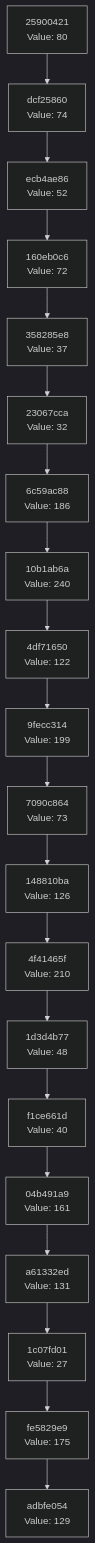
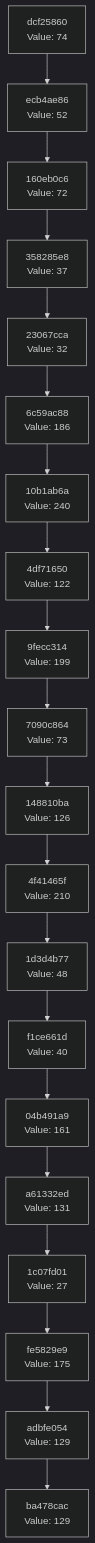
The diagram in docs/CHAIN_VISUALIZATION.md (Abhisheksinha1506/hash-chain-evolver), drawn with Mermaid (dark theme) before and after one commit. The commit also changed 1 other file, not shown here.

Commit message:
Evolution step: hash 0x81 → action executed

````diff
--- a/docs/CHAIN_VISUALIZATION.md
+++ b/docs/CHAIN_VISUALIZATION.md
@@ -3,42 +3,42 @@
 ```mermaid
 graph TD
-    C0["adbfe054<br/>Value: 129"]
-    C1["fe5829e9<br/>Value: 175"]
+    C0["ba478cac<br/>Value: 129"]
+    C1["adbfe054<br/>Value: 129"]
     C1 --> C0
-    C2["1c07fd01<br/>Value: 27"]
+    C2["fe5829e9<br/>Value: 175"]
     C2 --> C1
-    C3["a61332ed<br/>Value: 131"]
+    C3["1c07fd01<br/>Value: 27"]
     C3 --> C2
-    C4["04b491a9<br/>Value: 161"]
+    C4["a61332ed<br/>Value: 131"]
     C4 --> C3
-    C5["f1ce661d<br/>Value: 40"]
+    C5["04b491a9<br/>Value: 161"]
     C5 --> C4
-    C6["1d3d4b77<br/>Value: 48"]
+    C6["f1ce661d<br/>Value: 40"]
     C6 --> C5
-    C7["4f41465f<br/>Value: 210"]
+    C7["1d3d4b77<br/>Value: 48"]
     C7 --> C6
-    C8["148810ba<br/>Value: 126"]
+    C8["4f41465f<br/>Value: 210"]
     C8 --> C7
-    C9["7090c864<br/>Value: 73"]
+    C9["148810ba<br/>Value: 126"]
     C9 --> C8
-    C10["9fecc314<br/>Value: 199"]
+    C10["7090c864<br/>Value: 73"]
     C10 --> C9
-    C11["4df71650<br/>Value: 122"]
+    C11["9fecc314<br/>Value: 199"]
     C11 --> C10
-    C12["10b1ab6a<br/>Value: 240"]
+    C12["4df71650<br/>Value: 122"]
     C12 --> C11
-    C13["6c59ac88<br/>Value: 186"]
+    C13["10b1ab6a<br/>Value: 240"]
     C13 --> C12
-    C14["23067cca<br/>Value: 32"]
+    C14["6c59ac88<br/>Value: 186"]
     C14 --> C13
-    C15["358285e8<br/>Value: 37"]
+    C15["23067cca<br/>Value: 32"]
     C15 --> C14
-    C16["160eb0c6<br/>Value: 72"]
+    C16["358285e8<br/>Value: 37"]
     C16 --> C15
-    C17["ecb4ae86<br/>Value: 52"]
+    C17["160eb0c6<br/>Value: 72"]
     C17 --> C16
-    C18["dcf25860<br/>Value: 74"]
+    C18["ecb4ae86<br/>Value: 52"]
     C18 --> C17
-    C19["25900421<br/>Value: 80"]
+    C19["dcf25860<br/>Value: 74"]
     C19 --> C18
 ```
````
